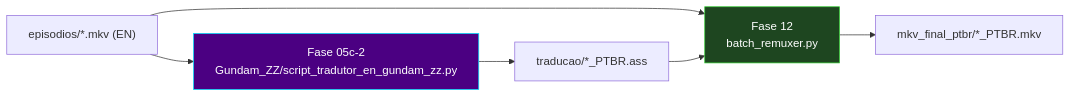
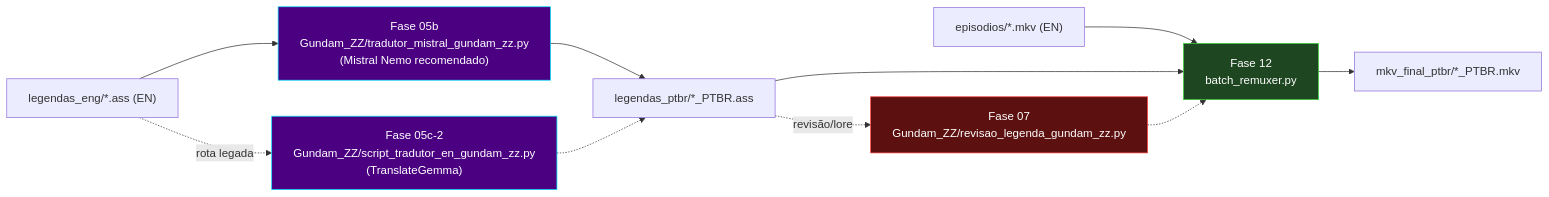
One commit to carmipa/projeto-tracker-animes-traducao changed diagram 13 of 15 in docs/arquitetura.md. Above: the diagram before and after it, drawn with Mermaid. The commit also changed other lines of this file and 15 other files, not shown here.

Commit message:
feat: enhance Gundam ZZ translation scripts with Mistral Nemo support, improve usage documentation, and update directory structure for better clarity

````diff
--- a/docs/arquitetura.md
+++ b/docs/arquitetura.md
@@ -467,11 +469,18 @@
 ```mermaid
 flowchart LR
-    L_MKV["episodios/*.mkv (EN)"] --> L_F05C2["Fase 05c-2<br/>Gundam_ZZ/script_tradutor_en_gundam_zz.py"]
-    L_F05C2 --> L_ASS["traducao/*_PTBR.ass"]
+    L_MKV["episodios/*.mkv (EN)"]
+    L_ENG["legendas_eng/*.ass (EN)"] --> L_F05B["Fase 05b<br/>Gundam_ZZ/tradutor_mistral_gundam_zz.py<br/>(Mistral Nemo recomendado)"]
+    L_ENG -.->|"rota legada"| L_F05C2["Fase 05c-2<br/>Gundam_ZZ/script_tradutor_en_gundam_zz.py<br/>(TranslateGemma)"]
+    L_F05B --> L_ASS["legendas_ptbr/*_PTBR.ass"]
+    L_F05C2 -.-> L_ASS
+    L_ASS -.->|"revisão/lore"| L_F07["Fase 07<br/>Gundam_ZZ/revisao_legenda_gundam_zz.py"]
     L_MKV --> L_F12["Fase 12<br/>batch_remuxer.py"]
     L_ASS --> L_F12
+    L_F07 -.-> L_F12
     L_F12 --> L_OUT["mkv_final_ptbr/*_PTBR.mkv"]
 
+    style L_F05B fill:#4B0082,stroke:#00E5FF,color:#fff
     style L_F05C2 fill:#4B0082,stroke:#00E5FF,color:#fff
+    style L_F07 fill:#5c1010,stroke:#ff4444,color:#fff
     style L_F12 fill:#1e4620,stroke:#32CD32,color:#fff
 ```
````
